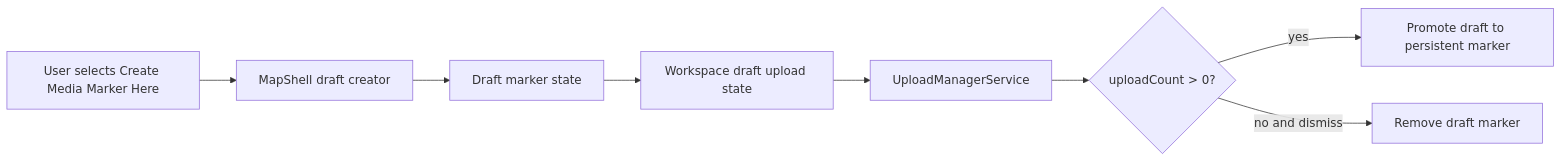
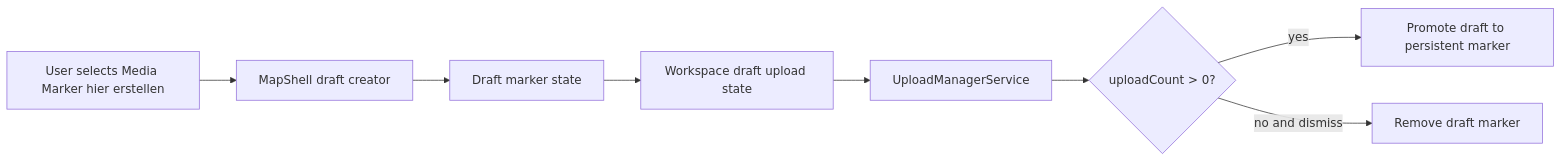
One commit to matkleve/feldpost changed the first of 2 diagrams in docs/element-specs/media-marker-draft-flow.md. Above: the diagram before and after it, drawn with Mermaid. The commit also changed other lines of this file and 22 other files, not shown here.

````diff
--- a/docs/element-specs/media-marker-draft-flow.md
+++ b/docs/element-specs/media-marker-draft-flow.md
@@ -59,10 +59,10 @@
 ```mermaid
 flowchart LR
-  U[User selects Create Media Marker Here] --> MS[MapShell draft creator]
+  U[User selects Media Marker hier erstellen] --> MS[MapShell draft creator]
   MS --> D[Draft marker state]
   D --> WP[Workspace draft upload state]
   WP --> UM[UploadManagerService]
   UM --> C{uploadCount > 0?}
   C -->|yes| P[Promote draft to persistent marker]
   C -->|no and dismiss| R[Remove draft marker]
 ```
````
